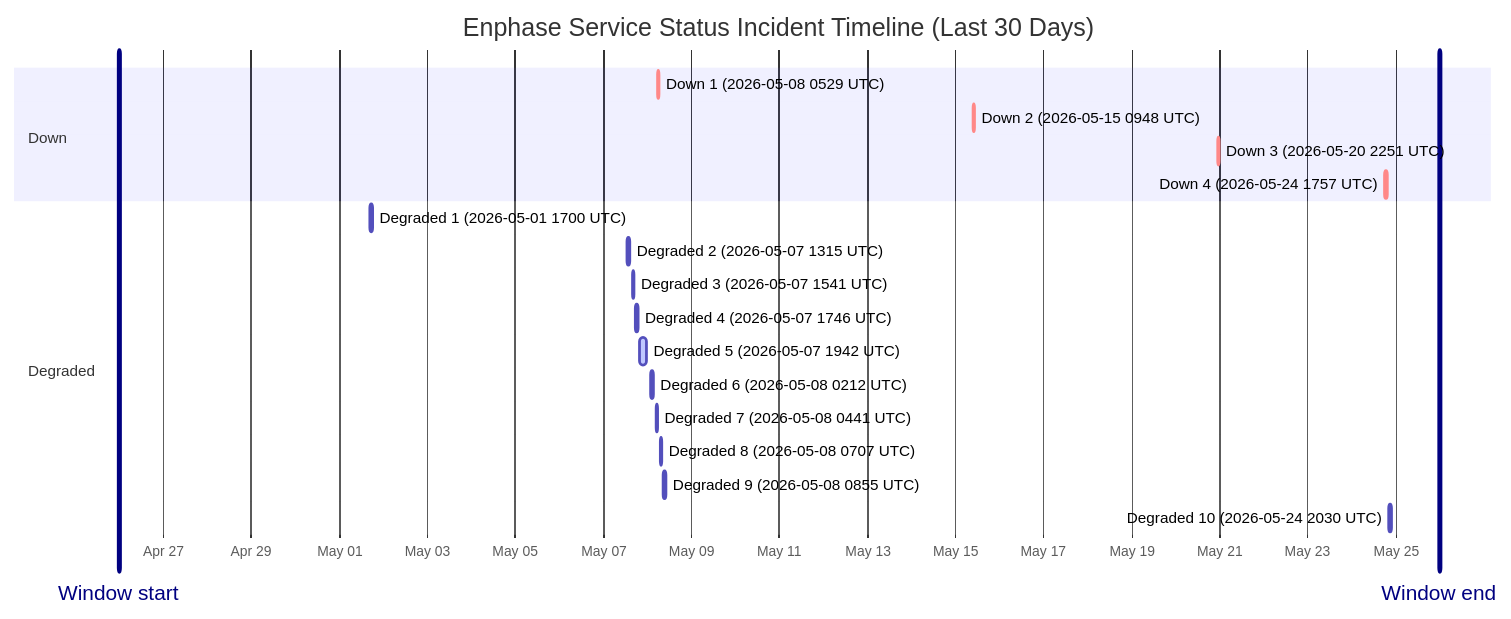
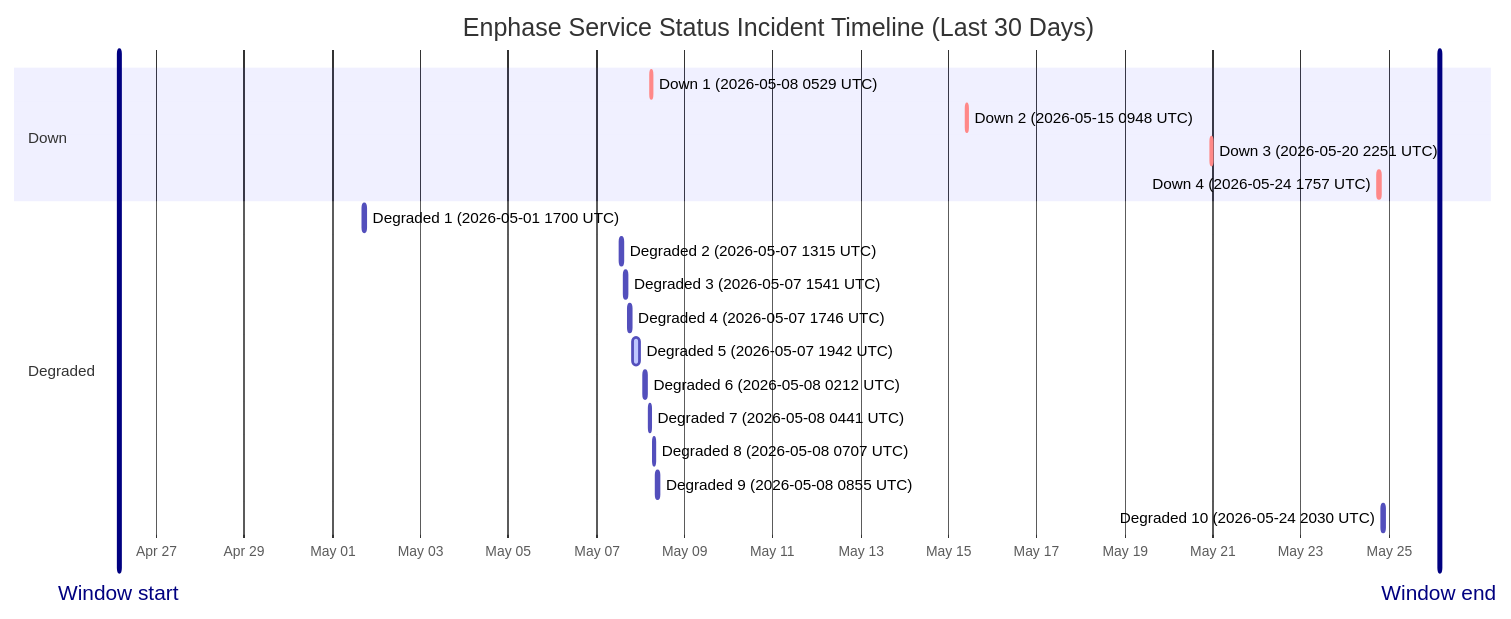
Before and after one commit to barneyonline/ha-enphase-ev-charger: the diagram in wiki/Service-Status-History.md, drawn with Mermaid. The commit also changed other lines of this file and 3 other files, not shown here.

````diff
--- a/wiki/Service-Status-History.md
+++ b/wiki/Service-Status-History.md
@@ -14,24 +14,24 @@
 ```mermaid
 gantt
     title Enphase Service Status Incident Timeline (Last 30 Days)
     dateFormat  YYYY-MM-DDTHH:mm:ss
     axisFormat  %b %d
-    Window start :vert, window-start, 2026-04-25T23:38:51, 0ms
-    Window end :vert, window-end, 2026-05-25T23:38:51, 0ms
+    Window start :vert, window-start, 2026-04-26T03:27:20, 0ms
+    Window end :vert, window-end, 2026-05-26T03:27:20, 0ms
     section Down
     Down 1 (2026-05-08 0529 UTC) :crit, down-1, 2026-05-08T05:29:47, 60m
     Down 2 (2026-05-15 0948 UTC) :crit, down-2, 2026-05-15T09:48:18, 60m
     Down 3 (2026-05-20 2251 UTC) :crit, down-3, 2026-05-20T22:51:14, 75m
     Down 4 (2026-05-24 1757 UTC) :crit, down-4, 2026-05-24T17:57:41, 86m
     section Degraded
     Degraded 1 (2026-05-01 1700 UTC) :active, degraded-1, 2026-05-01T17:00:22, 60m
     Degraded 2 (2026-05-07 1315 UTC) :active, degraded-2, 2026-05-07T13:15:25, 60m
     Degraded 3 (2026-05-07 1541 UTC) :active, degraded-3, 2026-05-07T15:41:58, 60m
     Degraded 4 (2026-05-07 1746 UTC) :active, degraded-4, 2026-05-07T17:46:51, 60m
     Degraded 5 (2026-05-07 1942 UTC) :active, degraded-5, 2026-05-07T19:42:10, 249m
     Degraded 6 (2026-05-08 0212 UTC) :active, degraded-6, 2026-05-08T02:12:39, 60m
     Degraded 7 (2026-05-08 0441 UTC) :active, degraded-7, 2026-05-08T04:41:46, 60m
     Degraded 8 (2026-05-08 0707 UTC) :active, degraded-8, 2026-05-08T07:07:30, 60m
     Degraded 9 (2026-05-08 0855 UTC) :active, degraded-9, 2026-05-08T08:55:20, 88m
     Degraded 10 (2026-05-24 2030 UTC) :active, degraded-10, 2026-05-24T20:30:57, 84m
 ```
````
